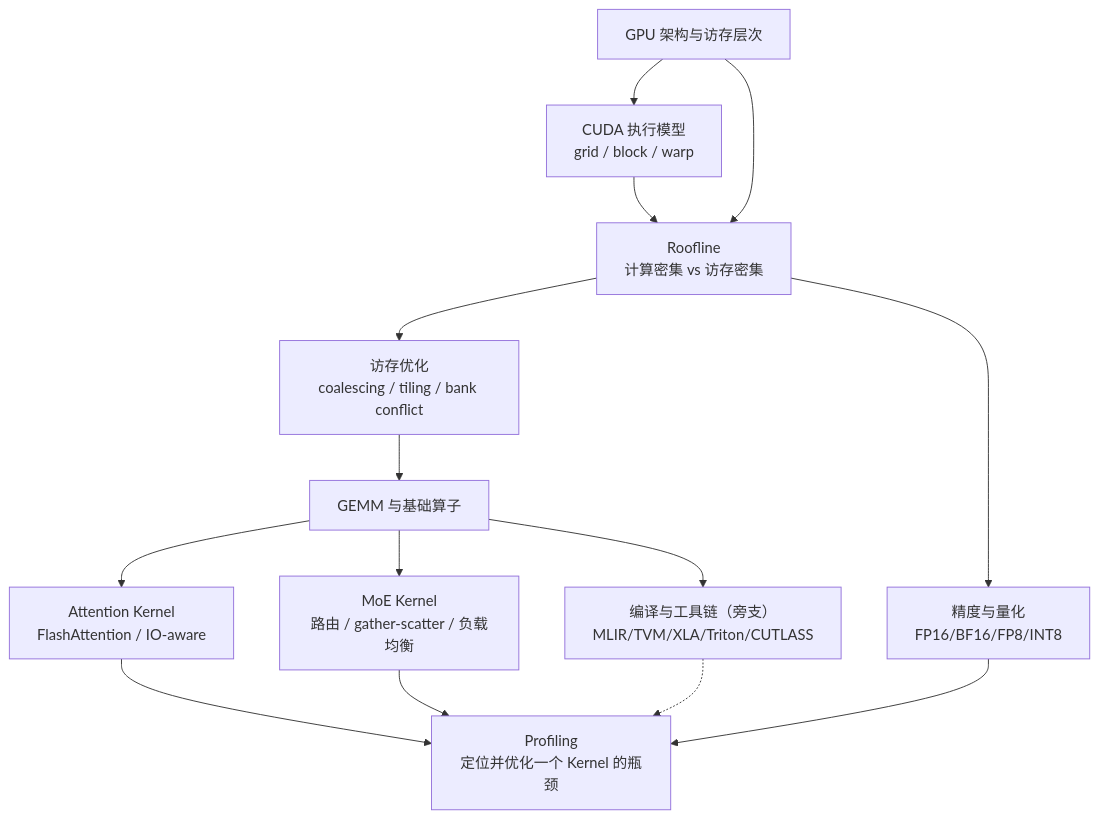
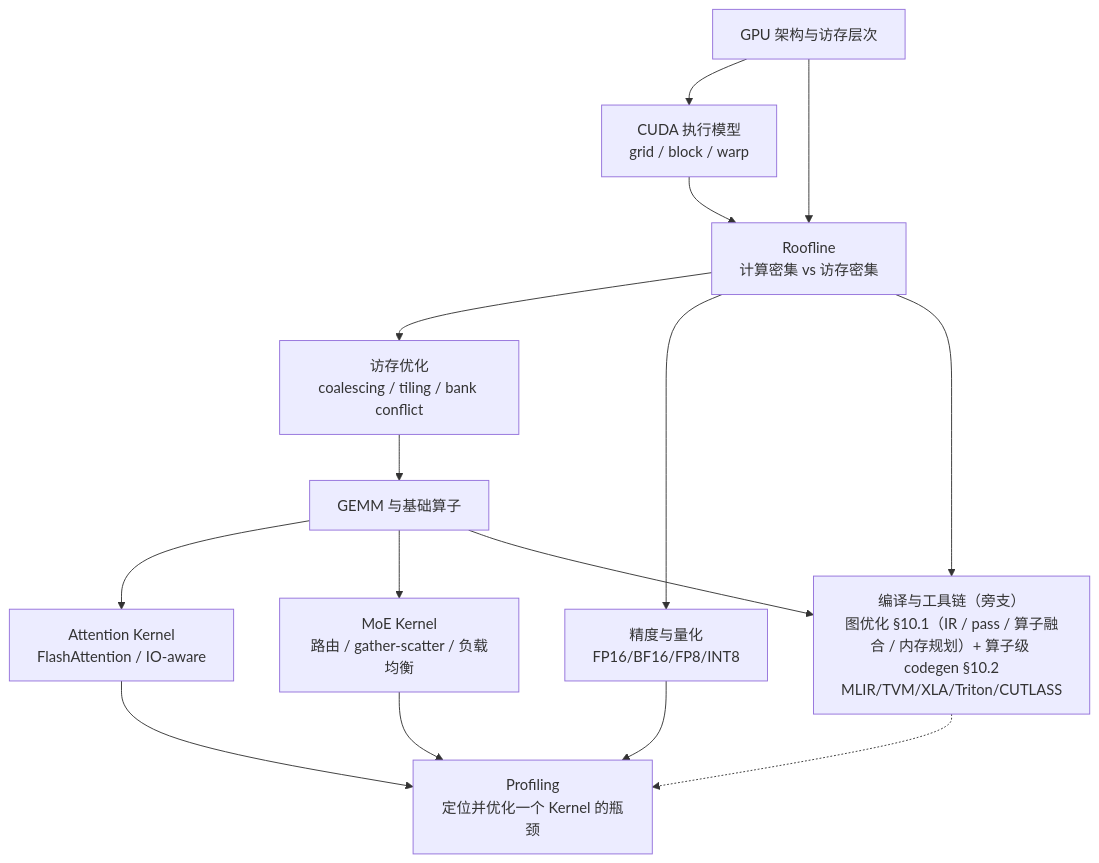
The diagram in docs/notes/21_single_node_ops.md (Xingkai98/ai-infra-notes-site), drawn with Mermaid before and after one commit. The commit also changed other lines of this file and 7 other files, not shown here.

````diff
--- a/docs/notes/21_single_node_ops.md
+++ b/docs/notes/21_single_node_ops.md
@@ -26,16 +26,17 @@
 ```mermaid
 graph TD
   A["GPU 架构与访存层次"] --> B["CUDA 执行模型<br/>grid / block / warp"]
   B --> C["Roofline<br/>计算密集 vs 访存密集"]
   A --> C
   C --> D["访存优化<br/>coalescing / tiling / bank conflict"]
   D --> E["GEMM 与基础算子"]
   E --> F["Attention Kernel<br/>FlashAttention / IO-aware"]
   E --> G["MoE Kernel<br/>路由 / gather-scatter / 负载均衡"]
   C --> H["精度与量化<br/>FP16/BF16/FP8/INT8"]
   F --> I["Profiling<br/>定位并优化一个 Kernel 的瓶颈"]
   G --> I
   H --> I
-  E --> J["编译与工具链（旁支）<br/>MLIR/TVM/XLA/Triton/CUTLASS"]
+  C --> J["编译与工具链（旁支）<br/>图优化 §10.1（IR / pass / 算子融合 / 内存规划）+ 算子级 codegen §10.2<br/>MLIR/TVM/XLA/Triton/CUTLASS"]
+  E --> J
   J -.-> I
 ```
````
